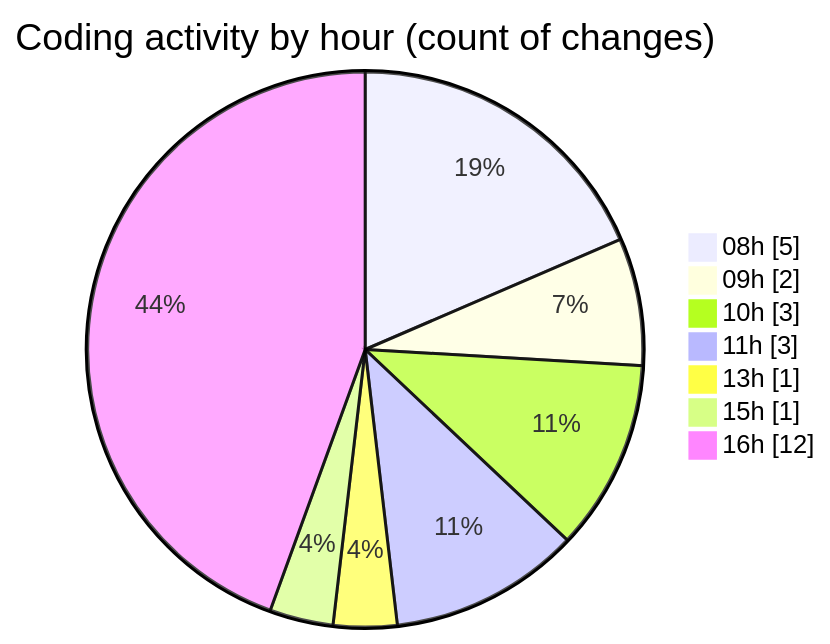
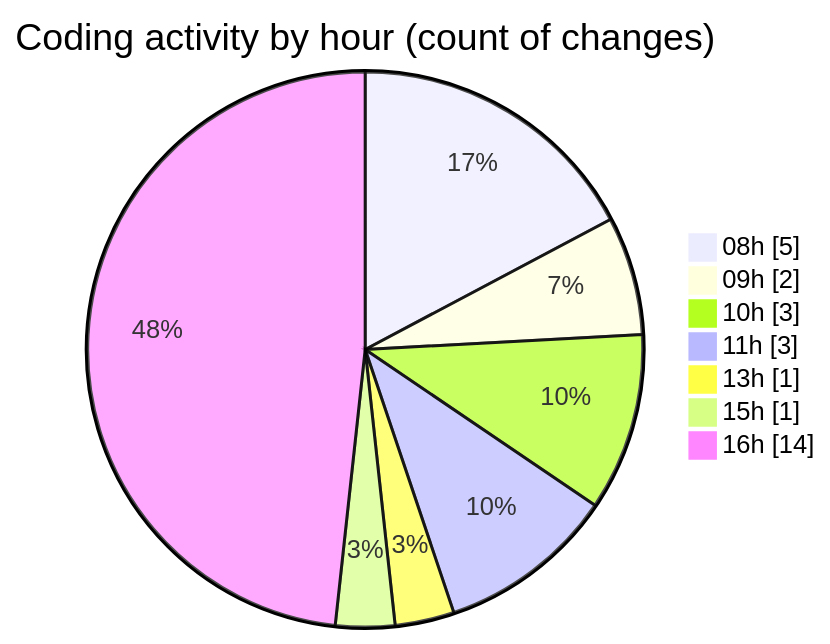
Before and after one commit to julien-gomy/code-tracking: the second of 2 diagrams in 2025-10-27/eventscop-frontend-guide__workspace_/README.md, drawn with Mermaid. The commit also changed other lines of this file and 1 other file, not shown here.

````diff
--- a/2025-10-27/eventscop-frontend-guide__workspace_/README.md
+++ b/2025-10-27/eventscop-frontend-guide__workspace_/README.md
@@ -36,11 +36,11 @@
 ```mermaid
 pie showData
 title Coding activity by hour (count of changes)
 "08h" : 5
 "09h" : 2
 "10h" : 3
 "11h" : 3
 "13h" : 1
 "15h" : 1
-"16h" : 12
+"16h" : 14
 ```
````
